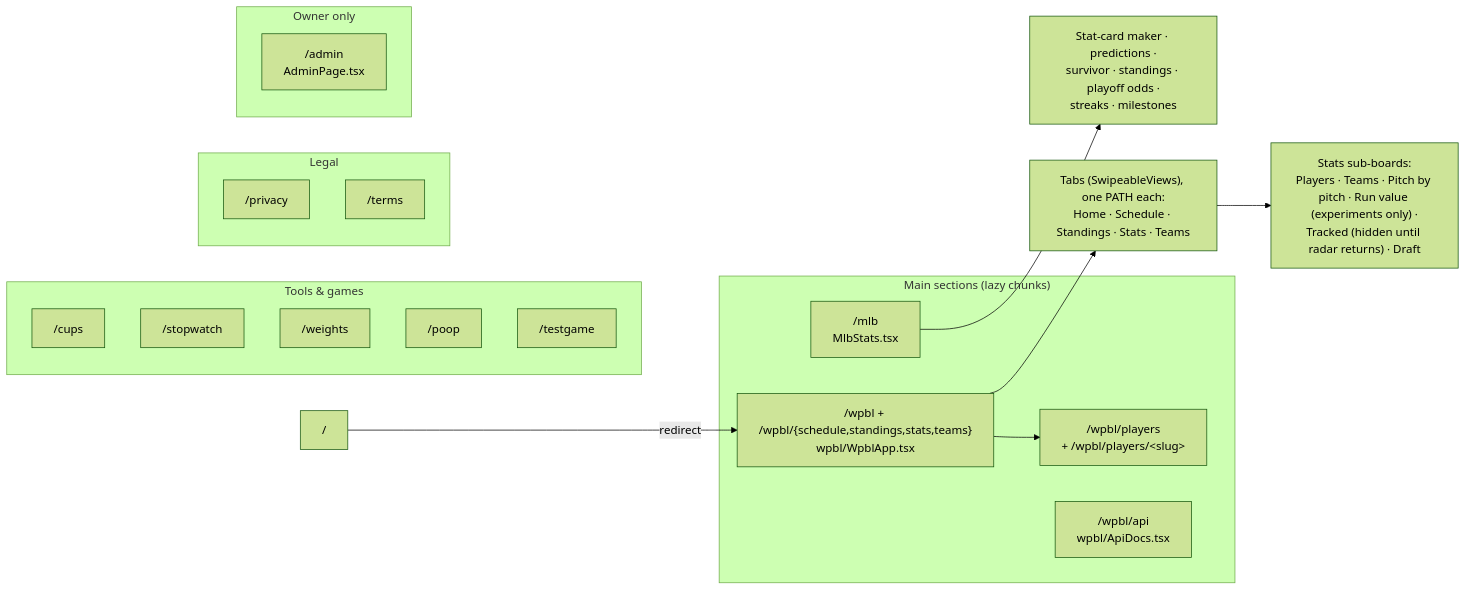
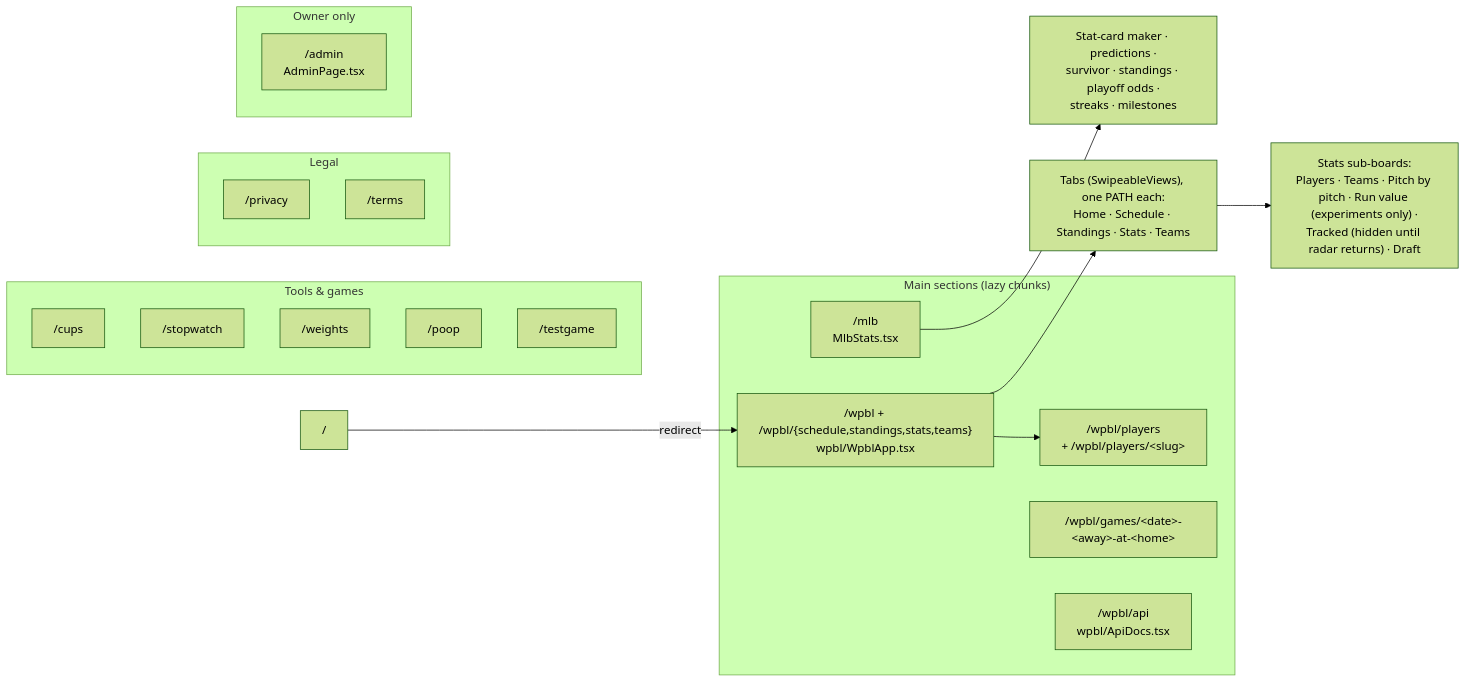
The second of 5 diagrams in ARCHITECTURE.md (sportydolphin/fun), drawn with Mermaid (forest theme) before and after one commit. The commit also changed other lines of this file and 24 other files, not shown here.

````diff
--- a/ARCHITECTURE.md
+++ b/ARCHITECTURE.md
@@ -98,32 +98,33 @@
 ```mermaid
 flowchart LR
     subgraph Main["Main sections (lazy chunks)"]
         mlb["/mlb<br/>MlbStats.tsx"]
         wpbl["/wpbl + /wpbl/{schedule,standings,stats,teams}<br/>wpbl/WpblApp.tsx"]
         wplayers["/wpbl/players<br/>+ /wpbl/players/&lt;slug&gt;"]
+        wgames["/wpbl/games/&lt;date&gt;-&lt;away&gt;-at-&lt;home&gt;"]
         api["/wpbl/api<br/>wpbl/ApiDocs.tsx"]
     end
 
     subgraph Tools["Tools & games"]
         cups["/cups"]
         sw["/stopwatch"]
         wt["/weights"]
         poop["/poop"]
         tg["/testgame"]
     end
 
     subgraph Legal["Legal"]
         priv["/privacy"]
         terms["/terms"]
     end
 
     subgraph Owner["Owner only"]
         adm["/admin<br/>AdminPage.tsx"]
     end
 
     root["/"] -->|redirect| wpbl
     wpbl --> wtabs["Tabs (SwipeableViews), one PATH each:<br/>Home · Schedule · Standings · Stats · Teams"]
     wtabs --> wstats["Stats sub-boards:<br/>Players · Teams · Pitch by pitch · Run value (experiments only) ·<br/>Tracked (hidden until radar returns) · Draft"]
     wpbl --> wplayers
     mlb --> mtabs["Stat-card maker · predictions ·<br/>survivor · standings · playoff odds ·<br/>streaks · milestones"]
 ```
````
